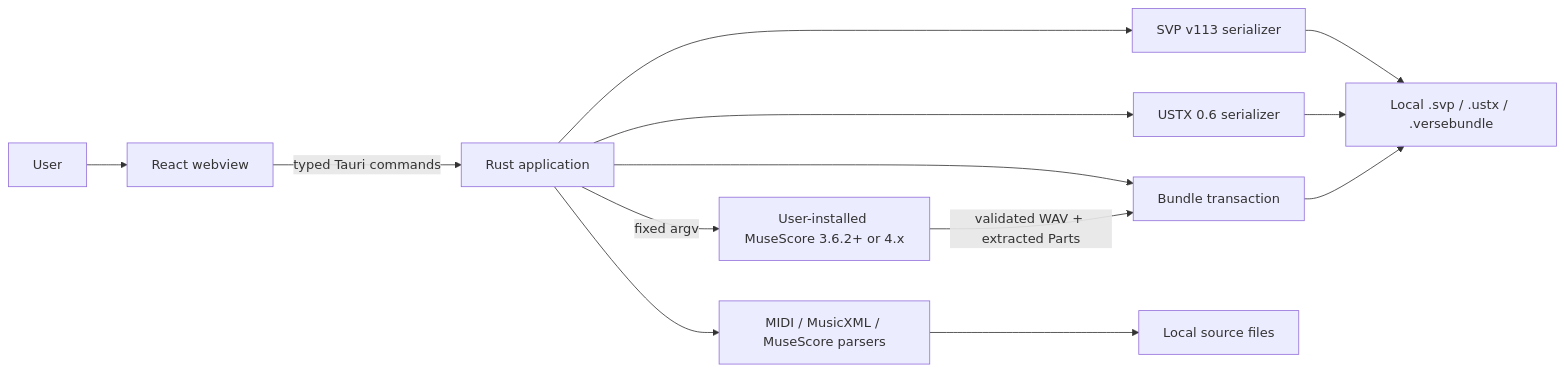
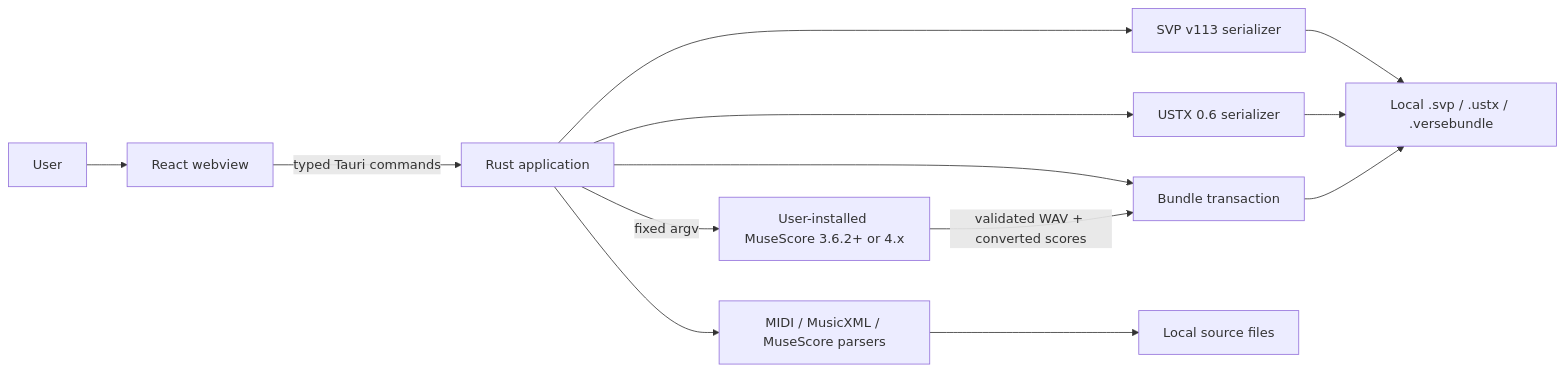
One commit to JoPadOfficiel/verse-convert-synth-v changed the first of 2 diagrams in docs/architecture.md. Above: the diagram before and after it, drawn with Mermaid. The commit also changed other lines of this file and 20 other files, not shown here.

````diff
--- a/docs/architecture.md
+++ b/docs/architecture.md
@@ -20,15 +20,15 @@
 ```mermaid
 flowchart LR
     USER["User"] --> UI["React webview"]
     UI -->|"typed Tauri commands"| RUST["Rust application"]
     RUST --> PARSERS["MIDI / MusicXML / MuseScore parsers"]
     RUST --> SVP["SVP v113 serializer"]
     RUST --> USTX["USTX 0.6 serializer"]
     RUST --> BUNDLE["Bundle transaction"]
     RUST -->|"fixed argv"| MS["User-installed MuseScore 3.6.2+ or 4.x"]
     PARSERS --> SOURCE["Local source files"]
     SVP --> OUTPUT["Local .svp / .ustx / .versebundle"]
     USTX --> OUTPUT
     BUNDLE --> OUTPUT
-    MS -->|"validated WAV + extracted Parts"| BUNDLE
+    MS -->|"validated WAV + converted scores"| BUNDLE
 ```
````
